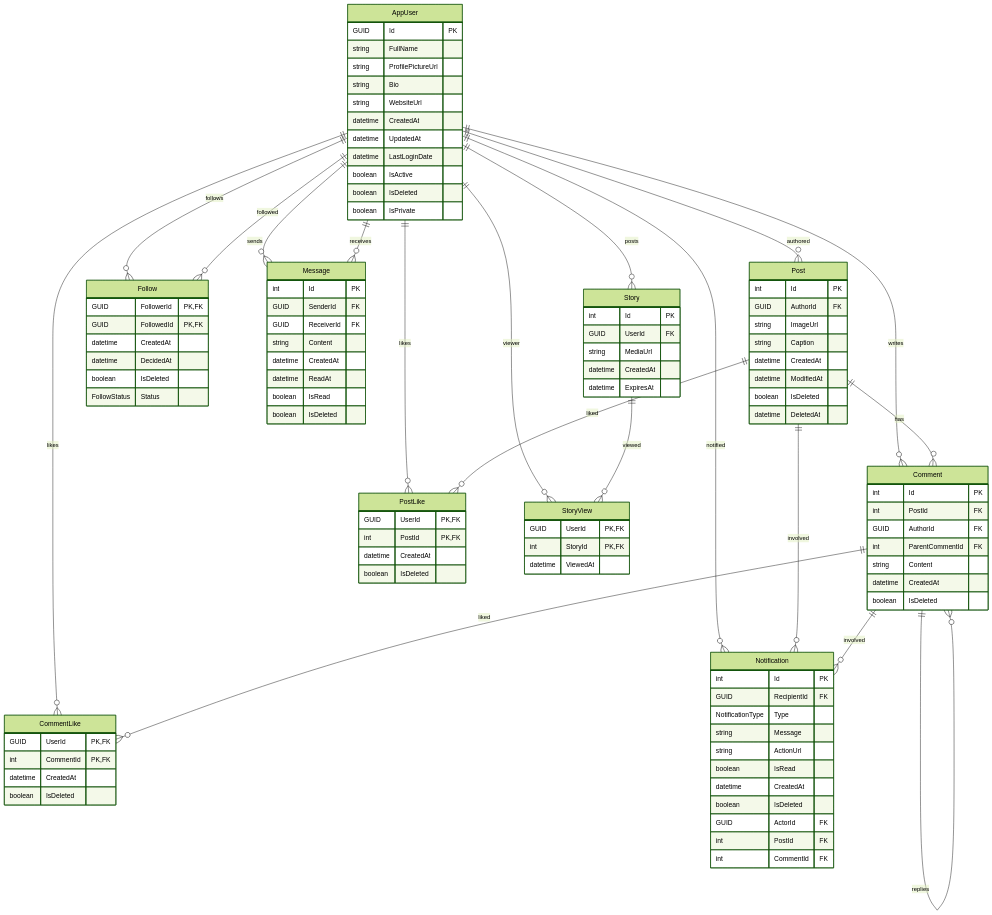
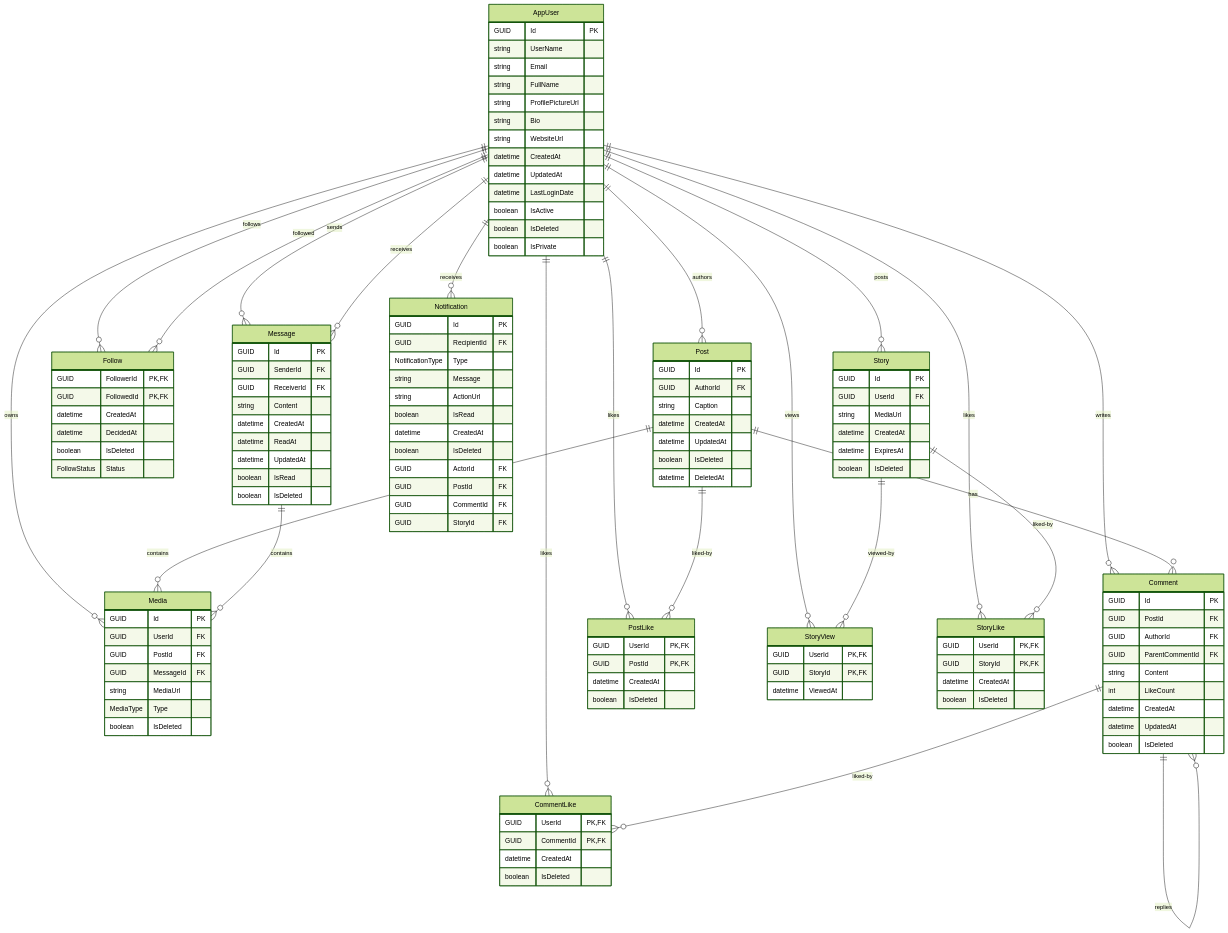
The second of 2 diagrams in README.md (anilcy/instagramSimpleBackendClone), drawn with Mermaid (forest theme) before and after one commit. The commit also changed other lines of this file and 1 other file, not shown here.

````diff
--- a/README.md
+++ b/README.md
@@ -74,12 +88,13 @@
 ```mermaid
-%%{ init: { "er": { "attributeStyle": "label" } } }%%
 erDiagram
     AppUser {
         GUID     Id PK
+        string   UserName
+        string   Email
         string   FullName
-        string  ProfilePictureUrl
-        string  Bio
-        string  WebsiteUrl
+        string   ProfilePictureUrl
+        string   Bio
+        string   WebsiteUrl
         datetime CreatedAt
         datetime UpdatedAt
         datetime LastLoginDate
@@ -89,36 +104,47 @@
     }
 
     Post {
-        int      Id PK
+        GUID     Id PK
         GUID     AuthorId FK
-        string   ImageUrl
-        string  Caption
+        string   Caption
         datetime CreatedAt
-        datetime ModifiedAt
+        datetime UpdatedAt
         boolean  IsDeleted
         datetime DeletedAt
     }
 
+    Media {
+        GUID     Id PK
+        GUID     UserId FK
+        GUID     PostId FK
+        GUID     MessageId FK
+        string   MediaUrl
+        MediaType Type
+        boolean  IsDeleted
+    }
+
     Comment {
-        int      Id PK
-        int      PostId FK
+        GUID     Id PK
+        GUID     PostId FK
         GUID     AuthorId FK
-        int     ParentCommentId FK
+        GUID     ParentCommentId FK
         string   Content
+        int      LikeCount
         datetime CreatedAt
+        datetime UpdatedAt
         boolean  IsDeleted
     }
 
     PostLike {
         GUID     UserId PK, FK
-        int      PostId PK, FK
+        GUID     PostId PK, FK
         datetime CreatedAt
         boolean  IsDeleted
     }
 
     CommentLike {
         GUID     UserId PK, FK
-        int      CommentId PK, FK
+        GUID     CommentId PK, FK
         datetime CreatedAt
         boolean  IsDeleted
     }
@@ -133,64 +159,77 @@
     }
 
     Message {
-        int      Id PK
+        GUID     Id PK
         GUID     SenderId FK
         GUID     ReceiverId FK
         string   Content
         datetime CreatedAt
         datetime ReadAt
+        datetime UpdatedAt
         boolean  IsRead
         boolean  IsDeleted
     }
 
     Notification {
-        int      Id PK
+        GUID     Id PK
         GUID     RecipientId FK
         NotificationType Type
         string   Message
-        string  ActionUrl
+        string   ActionUrl
         boolean  IsRead
         datetime CreatedAt
         boolean  IsDeleted
-        GUID    ActorId FK
-        int     PostId FK
-        int     CommentId FK
+        GUID     ActorId FK
+        GUID     PostId FK
+        GUID     CommentId FK
+        GUID     StoryId FK
     }
 
     Story {
-        int      Id PK
+        GUID     Id PK
         GUID     UserId FK
         string   MediaUrl
         datetime CreatedAt
         datetime ExpiresAt
+        boolean  IsDeleted
     }
 
     StoryView {
         GUID     UserId PK, FK
-        int      StoryId PK, FK
+        GUID     StoryId PK, FK
         datetime ViewedAt
     }
 
-    %% Relationships
-    AppUser ||--o{ Post        : authored
-    AppUser ||--o{ Comment     : writes
-    AppUser ||--o{ PostLike    : likes
-    AppUser ||--o{ CommentLike : likes
-    AppUser ||--o{ Follow      : follows
-    Follow  }o--|| AppUser     : followed
-    AppUser ||--o{ Message     : sends
-    AppUser ||--o{ Message     : receives
-    AppUser ||--o{ Notification: notified
-    AppUser ||--o{ Story       : posts
-    AppUser ||--o{ StoryView   : viewer
+    StoryLike {
+        GUID     UserId PK, FK
+        GUID     StoryId PK, FK
+        datetime CreatedAt
+        boolean  IsDeleted
+    }
 
-    Post    ||--o{ Comment     : has
-    Post    ||--o{ PostLike    : liked
-    Post    ||--o{ Notification: involved
+    AppUser ||--o{ Post         : authors
+    AppUser ||--o{ Comment      : writes
+    AppUser ||--o{ PostLike     : likes
+    AppUser ||--o{ CommentLike  : likes
+    AppUser ||--o{ Follow       : follows
+    Follow  }o--|| AppUser      : followed
+    AppUser ||--o{ Message      : sends
+    AppUser ||--o{ Message      : receives
+    AppUser ||--o{ Notification : receives
+    AppUser ||--o{ Story        : posts
+    AppUser ||--o{ StoryView    : views
+    AppUser ||--o{ StoryLike    : likes
+    AppUser ||--o{ Media        : owns
 
-    Comment ||--o{ Comment     : replies
-    Comment ||--o{ CommentLike : liked
-    Comment ||--o{ Notification: involved
+    Post    ||--o{ Comment      : has
+    Post    ||--o{ PostLike     : liked-by
+    Post    ||--o{ Media        : contains
 
-    Story   ||--o{ StoryView   : viewed
+    Comment ||--o{ Comment      : replies
+    Comment ||--o{ CommentLike  : liked-by
+
+    Message ||--o{ Media        : contains
+
+    Story   ||--o{ StoryView    : viewed-by
+    Story   ||--o{ StoryLike    : liked-by
 ```
````
